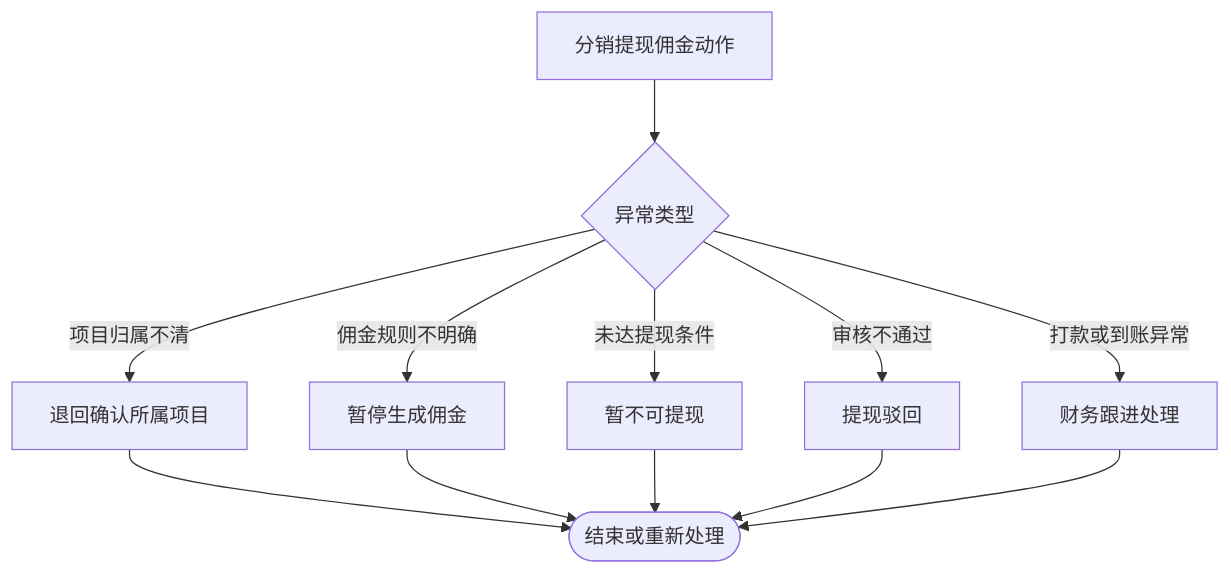
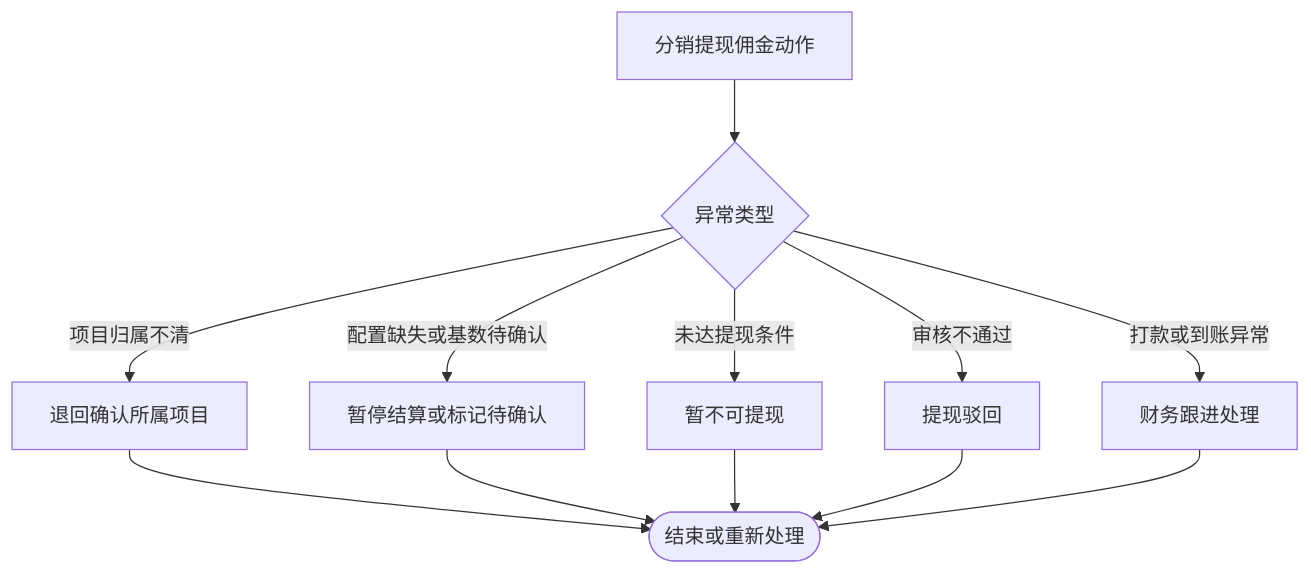
The fourth of 5 diagrams in 06_业务流程/业务流程_分销提现佣金流程_v1_20260603.md (xyf394175606-arch/yzb), drawn with Mermaid before and after one commit. The commit also changed other lines of this file and 13 other files, not shown here.

````diff
--- a/06_业务流程/业务流程_分销提现佣金流程_v1_20260603.md
+++ b/06_业务流程/业务流程_分销提现佣金流程_v1_20260603.md
@@ -331,14 +332,14 @@
 ```mermaid
 flowchart TD
   A[分销提现佣金动作] --> B{异常类型}
   B -->|项目归属不清| E1[退回确认所属项目]
-  B -->|佣金规则不明确| E2[暂停生成佣金]
+  B -->|配置缺失或基数待确认| E2[暂停结算或标记待确认]
   B -->|未达提现条件| E3[暂不可提现]
   B -->|审核不通过| E4[提现驳回]
   B -->|打款或到账异常| E5[财务跟进处理]
   E1 --> F([结束或重新处理])
   E2 --> F
   E3 --> F
   E4 --> F
   E5 --> F
 ```
````
